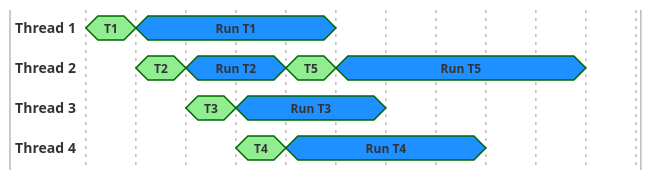
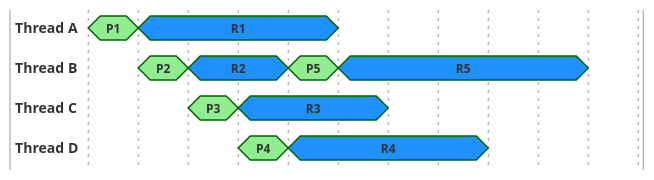
The third of 4 diagrams in documentation/jetty/modules/programming-guide/pages/arch/threads.adoc (jetty/jetty.project), drawn with PlantUML before and after one commit. The commit also changed other lines of this file, not shown here.

```diff
--- a/documentation/jetty/modules/programming-guide/pages/arch/threads.adoc
+++ b/documentation/jetty/modules/programming-guide/pages/arch/threads.adoc
@@ -120,33 +120,33 @@
 [plantuml]
 ----
 skinparam backgroundColor transparent
 
-compact concise "Thread 1" as WT1
-compact concise "Thread 2" as WT2
-compact concise "Thread 3" as WT3
-compact concise "Thread 4" as WT4
+compact concise "Thread A" as WT1
+compact concise "Thread B" as WT2
+compact concise "Thread C" as WT3
+compact concise "Thread D" as WT4
 hide time-axis
 
 @WT1
-0 is T1 #lightgreen
-1 is "Run T1" #dodgerblue
+0 is P1 #lightgreen
+1 is R1 #dodgerblue
 5 is {hidden}
 
 @WT2
-1 is T2 #lightgreen
-2 is "Run T2" #dodgerblue
-4 is T5 #lightgreen
-5 is "Run T5" #dodgerblue
+1 is P2 #lightgreen
+2 is R2 #dodgerblue
+4 is P5 #lightgreen
+5 is R5 #dodgerblue
 10 is {hidden}
 
 @WT3
-2 is T3 #lightgreen
-3 is "Run T3" #dodgerblue
+2 is P3 #lightgreen
+3 is R3 #dodgerblue
 6 is {hidden}
 
 @WT4
-3 is T4 #lightgreen
-4 is "Run T4" #dodgerblue
+3 is P4 #lightgreen
+4 is R4 #dodgerblue
 8 is {hidden}
 
 ----
```
